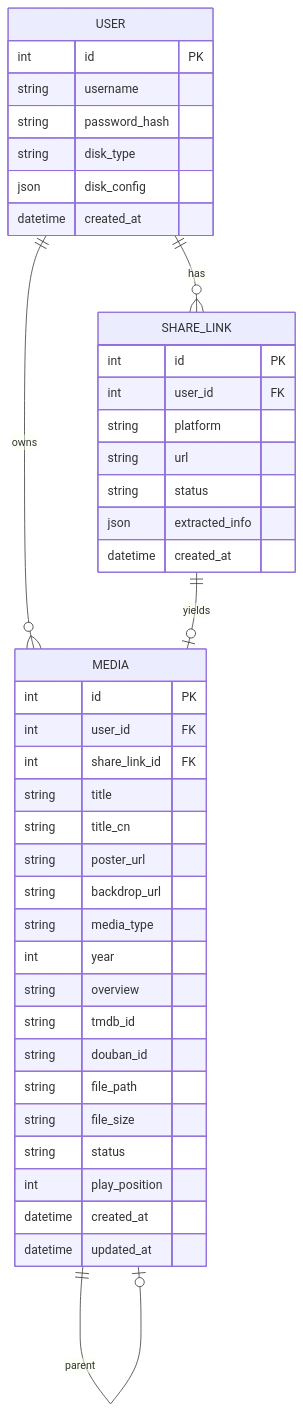
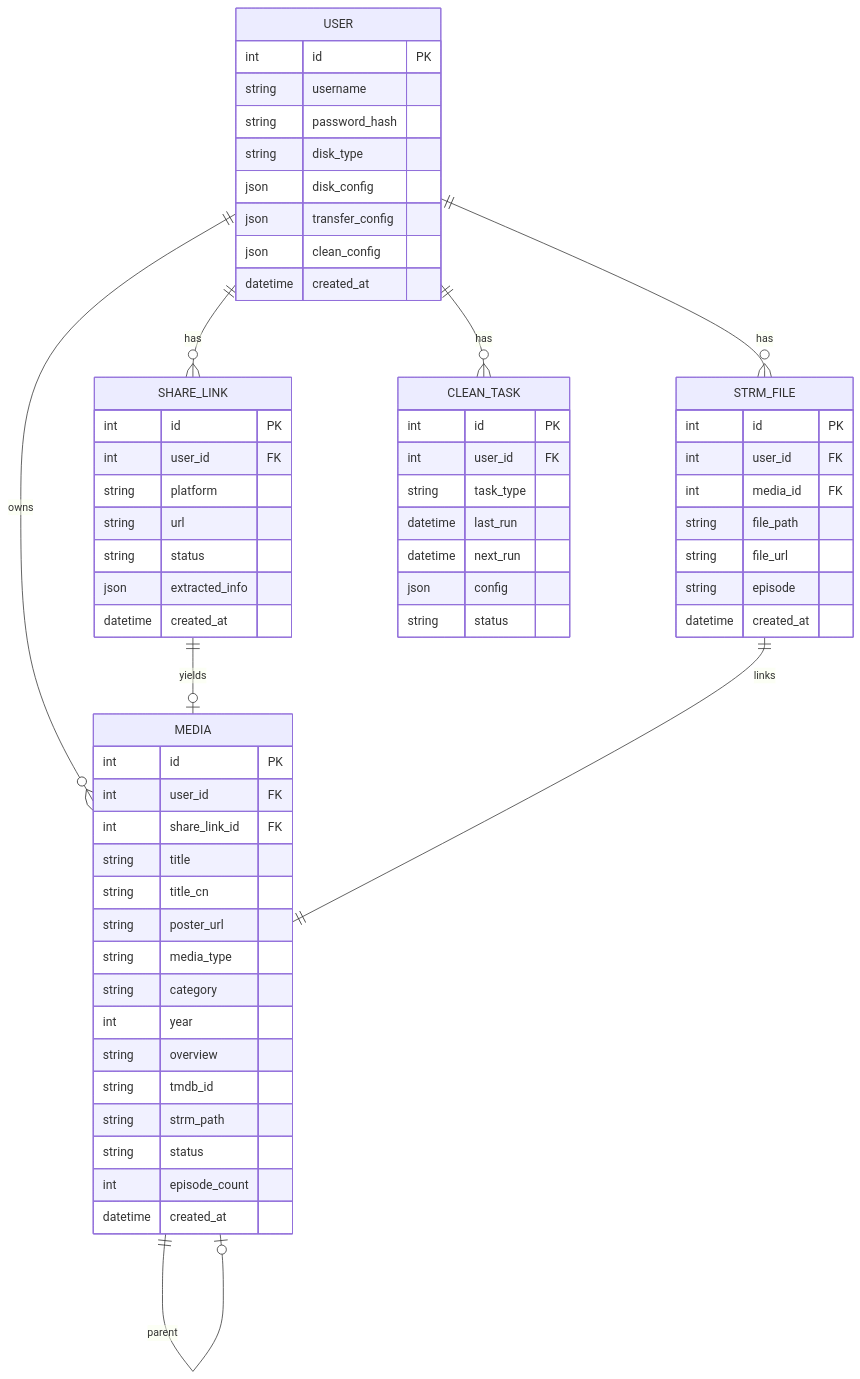
The second of 5 diagrams in .monkeycode/specs/fnnas-media-hub/design.md (boy6656598/fnmediahub), drawn with Mermaid before and after one commit. The commit also changed other lines of this file and 18 other files, not shown here.

````diff
--- a/.monkeycode/specs/fnnas-media-hub/design.md
+++ b/.monkeycode/specs/fnnas-media-hub/design.md
@@ -124,47 +70,69 @@
 ```mermaid
 erDiagram
     USER ||--o{ SHARE_LINK : has
     USER ||--o{ MEDIA : owns
+    USER ||--o{ STRM_FILE : has
+    USER ||--o{ CLEAN_TASK : has
     SHARE_LINK ||--o| MEDIA : yields
     MEDIA ||--o| MEDIA : parent
+    STRM_FILE ||--|| MEDIA : links
 
     USER {
         int id PK
         string username
         string password_hash
         string disk_type
         json disk_config
+        json transfer_config
+        json clean_config
         datetime created_at
     }
 
     SHARE_LINK {
         int id PK
         int user_id FK
         string platform
         string url
         string status
         json extracted_info
         datetime created_at
     }
 
     MEDIA {
         int id PK
         int user_id FK
         int share_link_id FK
         string title
         string title_cn
         string poster_url
-        string backdrop_url
         string media_type
+        string category
         int year
         string overview
         string tmdb_id
-        string douban_id
+        string strm_path
+        string status
+        int episode_count
+        datetime created_at
+    }
+
+    STRM_FILE {
+        int id PK
+        int user_id FK
+        int media_id FK
         string file_path
-        string file_size
+        string file_url
+        string episode
+        datetime created_at
+    }
+
+    CLEAN_TASK {
+        int id PK
+        int user_id FK
+        string task_type
+        datetime last_run
+        datetime next_run
+        json config
         string status
-        int play_position
-        datetime created_at
-        datetime updated_at
     }
 ```
````
